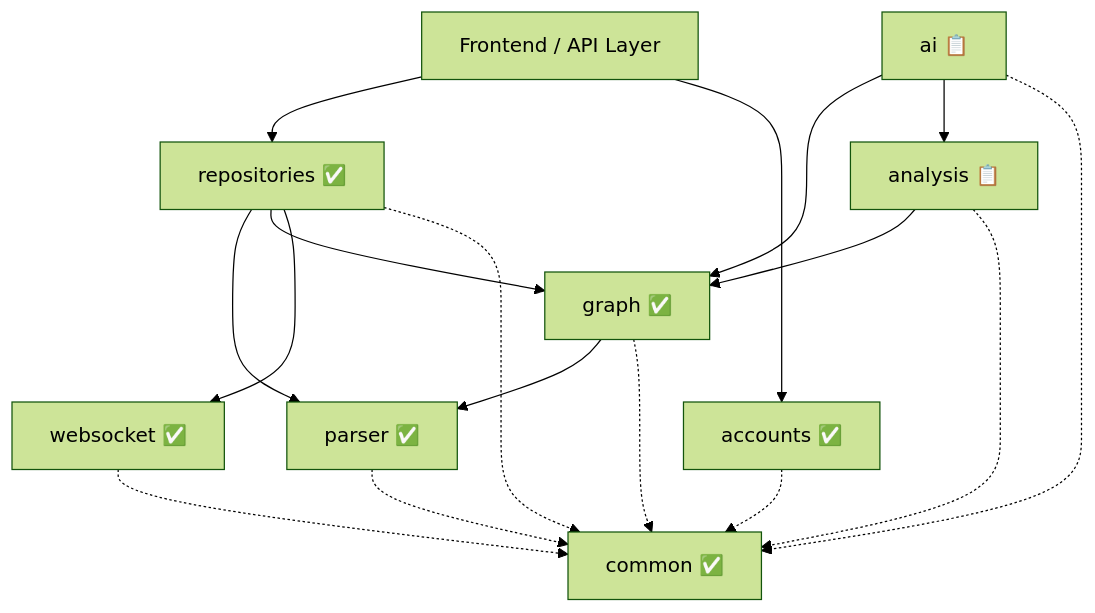
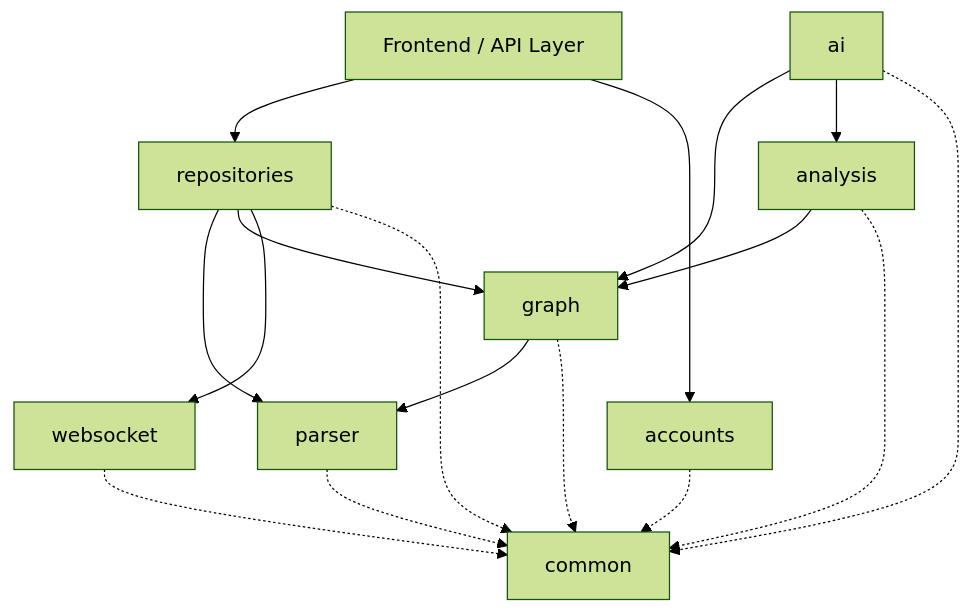
The third of 3 diagrams in ARCHITECTURE.md (rominkevadiya/codeAtlas), drawn with Mermaid (forest theme) before and after one commit. The commit also changed other lines of this file and 1 other file, not shown here.

````diff
--- a/ARCHITECTURE.md
+++ b/ARCHITECTURE.md
@@ -142,24 +142,24 @@
 ```mermaid
 graph TD
     UI[Frontend / API Layer]
-    UI --> Repos[repositories ✅]
-    UI --> Accounts[accounts ✅]
+    UI --> Repos[repositories]
+    UI --> Accounts[accounts]
 
-    Repos --> Parser[parser ✅]
-    Repos --> Graph[graph ✅]
-    Repos --> WS[websocket ✅]
+    Repos --> Parser[parser]
+    Repos --> Graph[graph]
+    Repos --> WS[websocket]
 
-    AI[ai 📋] --> Graph
-    AI --> Analysis[analysis 📋]
+    AI[ai] --> Graph
+    AI --> Analysis[analysis]
     Analysis --> Graph
     Graph --> Parser
 
     %% All depend on common
-    Repos -.-> Common[common ✅]
+    Repos -.-> Common[common]
     Parser -.-> Common
     Graph -.-> Common
     Analysis -.-> Common
     AI -.-> Common
     WS -.-> Common
     Accounts -.-> Common
 ```
````
